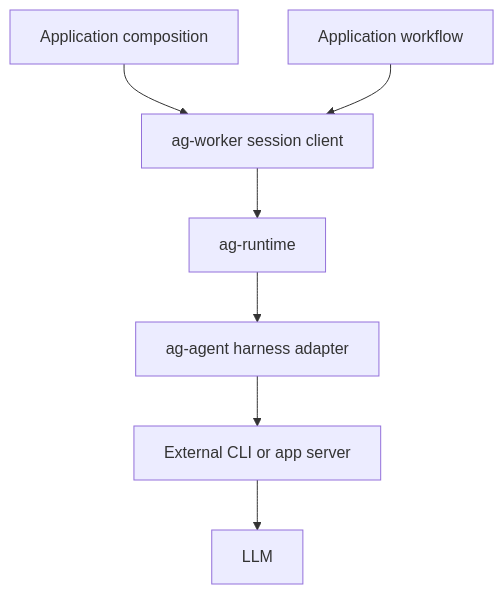
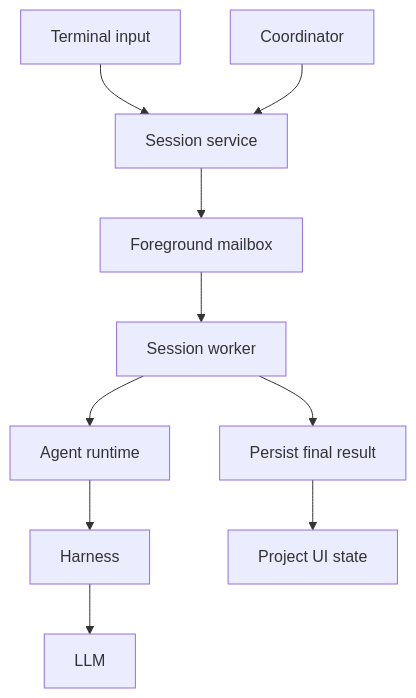
The second of 2 diagrams in docs/site/content/docs/architecture/runtime-flow.md (agentty-xyz/agentty), drawn with Mermaid before and after one commit. The commit also changed other lines of this file and 12 other files, not shown here.

````diff
--- a/docs/site/content/docs/architecture/runtime-flow.md
+++ b/docs/site/content/docs/architecture/runtime-flow.md
@@ -647,9 +132,12 @@
 ```mermaid
 flowchart TD
-  composition[Application composition] --> worker[ag-worker session client]
-  workflow[Application workflow] --> worker
-  worker --> runtime[ag-runtime]
-  runtime --> adapter[ag-agent harness adapter]
-  adapter --> harness[External CLI or app server]
-  harness --> model[LLM]
+  UI[Terminal input] --> API[Session service]
+  Coordinator --> API
+  API --> Mailbox[Foreground mailbox]
+  Mailbox --> Worker[Session worker]
+  Worker --> Runtime[Agent runtime]
+  Runtime --> Harness
+  Harness --> LLM
+  Worker --> Store[Persist final result]
+  Store --> Reducer[Project UI state]
 ```
````
